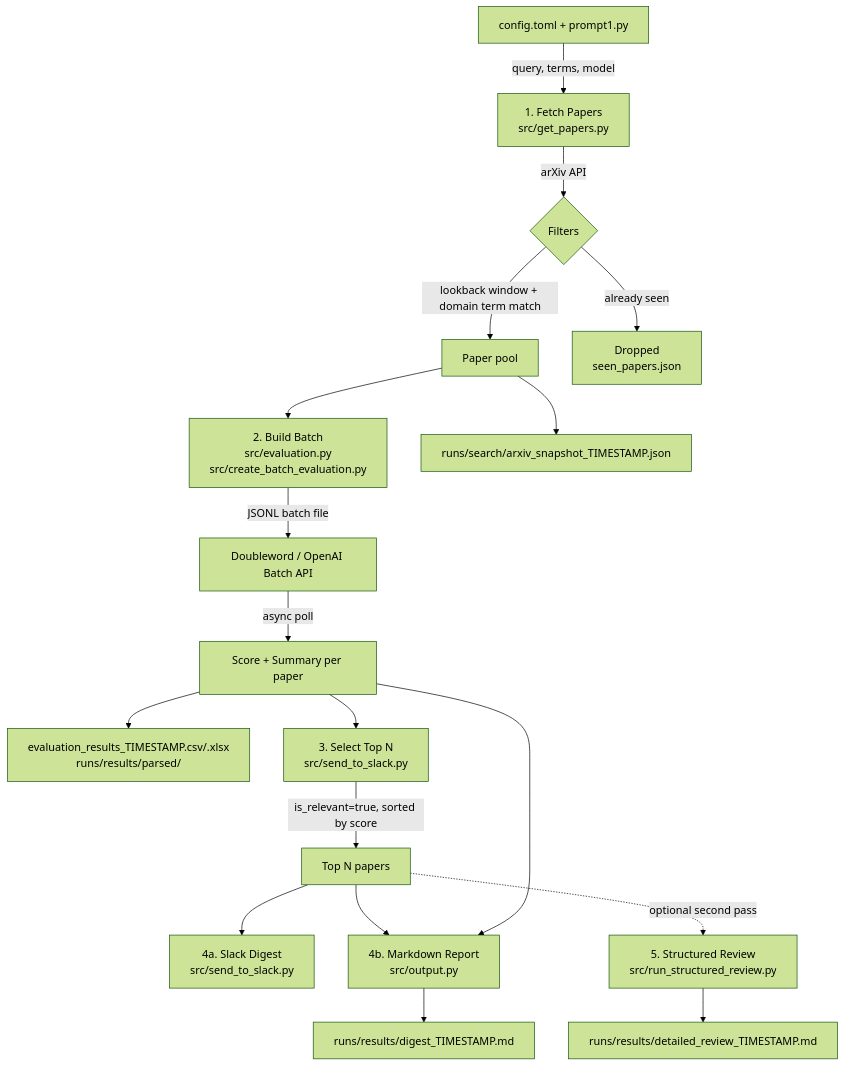
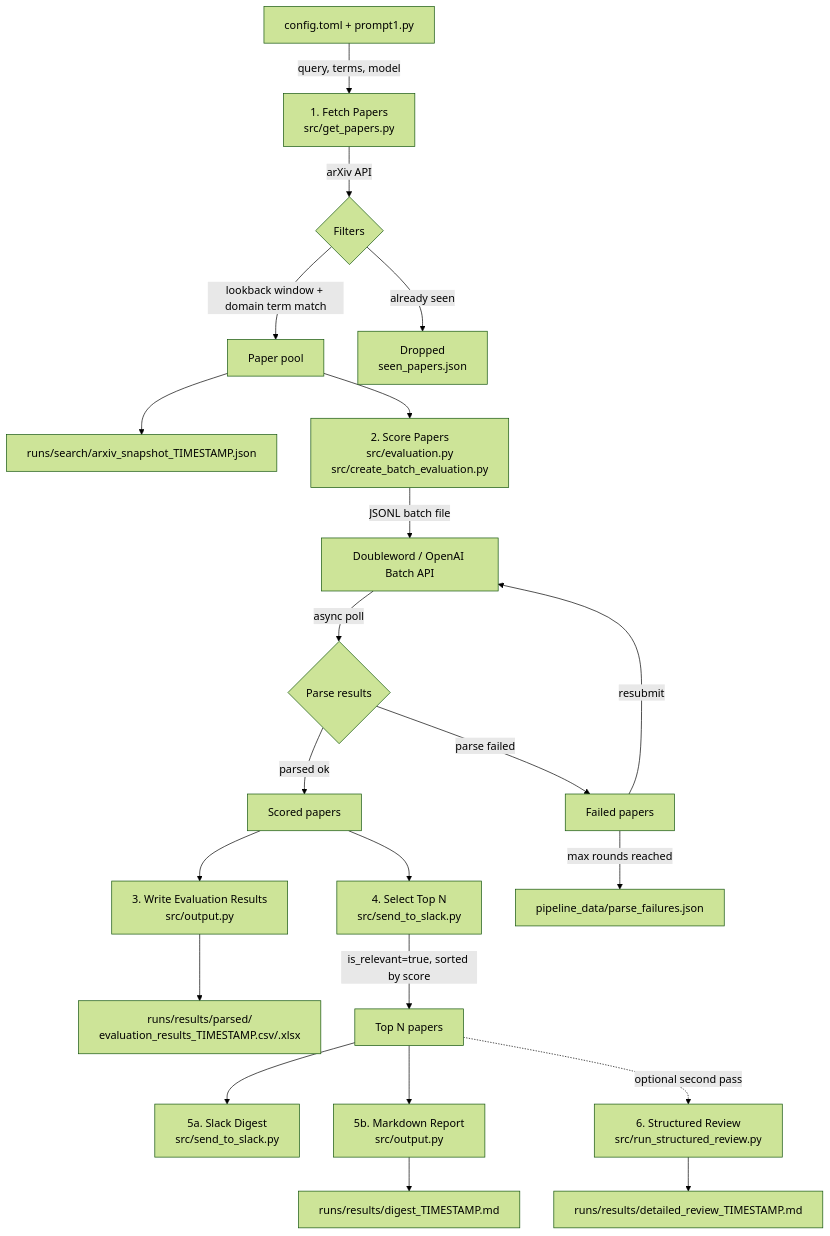
One commit to NnamdiOdozi/arxiv-AI-digest changed the diagram in architecture.md. Above: the diagram before and after it, drawn with Mermaid (forest theme). The commit also changed 4 other files, not shown here.

````diff
--- a/architecture.md
+++ b/architecture.md
@@ -9,28 +9,32 @@
 ```mermaid
 flowchart TD
     A["config.toml + prompt1.py"] -->|query, terms, model| B
 
     B["1. Fetch Papers<br/>src/get_papers.py"]
     B -->|arXiv API| C{Filters}
     C -->|lookback window + domain term match| D[Paper pool]
     C -->|already seen| X1["Dropped<br/>seen_papers.json"]
+    D --> M["runs/search/arxiv_snapshot_TIMESTAMP.json"]
 
-    D --> E["2. Build Batch<br/>src/evaluation.py<br/>src/create_batch_evaluation.py"]
+    D --> E["2. Score Papers<br/>src/evaluation.py<br/>src/create_batch_evaluation.py"]
     E -->|JSONL batch file| F["Doubleword / OpenAI Batch API"]
-    F -->|async poll| G["Score + Summary per paper"]
+    F -->|async poll| G{Parse results}
+    G -->|parsed ok| R1[Scored papers]
+    G -->|parse failed| R2[Failed papers]
 
-    G --> P["evaluation_results_TIMESTAMP.csv/.xlsx<br/>runs/results/parsed/"]
+    R2 -->|resubmit| F
+    R2 -->|max rounds reached| R3["pipeline_data/parse_failures.json"]
 
-    G --> H["3. Select Top N<br/>src/send_to_slack.py"]
+    R1 --> P["3. Write Evaluation Results<br/>src/output.py"]
+    P --> Q["runs/results/parsed/<br/>evaluation_results_TIMESTAMP.csv/.xlsx"]
+
+    R1 --> H["4. Select Top N<br/>src/send_to_slack.py"]
     H -->|is_relevant=true, sorted by score| I[Top N papers]
 
-    I --> J["4a. Slack Digest<br/>src/send_to_slack.py"]
-    I --> K["4b. Markdown Report<br/>src/output.py"]
-    G --> K
+    I --> J["5a. Slack Digest<br/>src/send_to_slack.py"]
+    I --> K["5b. Markdown Report<br/>src/output.py"]
+    K --> L["runs/results/digest_TIMESTAMP.md"]
 
-    K --> L["runs/results/digest_TIMESTAMP.md"]
-    D --> M["runs/search/arxiv_snapshot_TIMESTAMP.json"]
-
-    I -.->|optional second pass| N["5. Structured Review<br/>src/run_structured_review.py"]
+    I -.->|optional second pass| N["6. Structured Review<br/>src/run_structured_review.py"]
     N --> O["runs/results/detailed_review_TIMESTAMP.md"]
 ```
````
